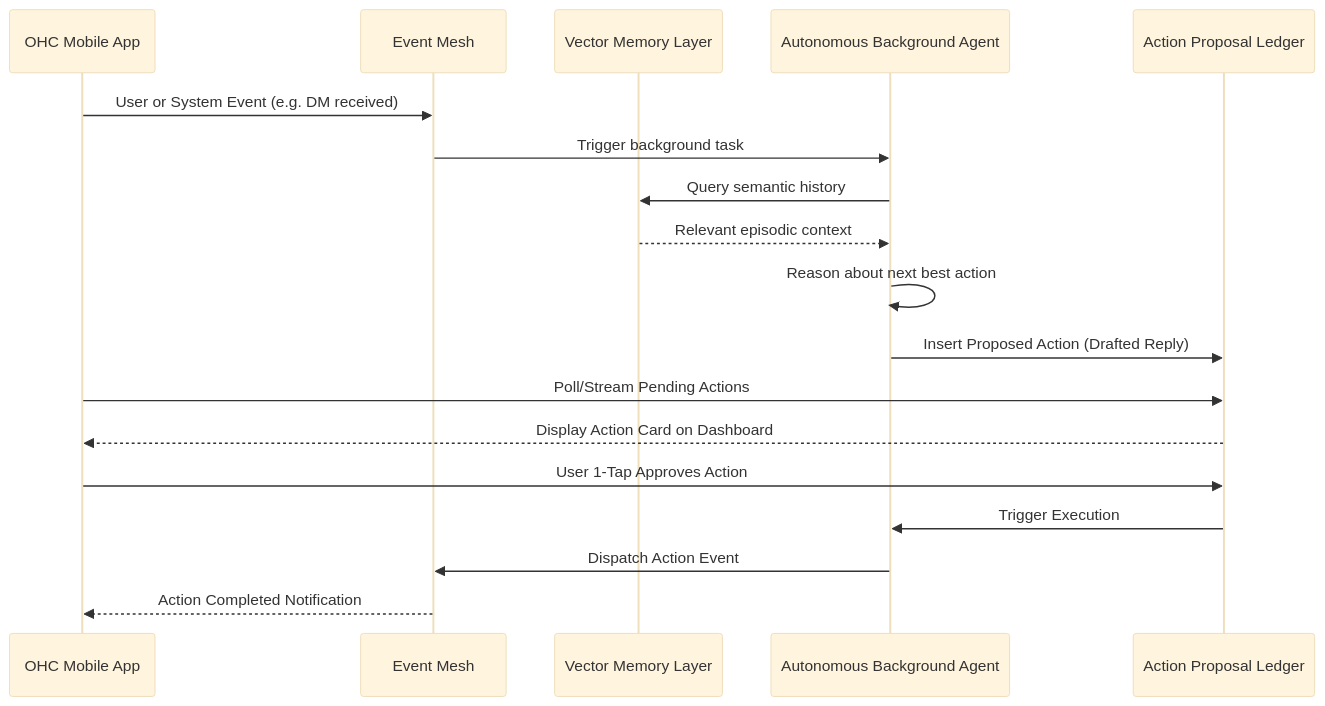
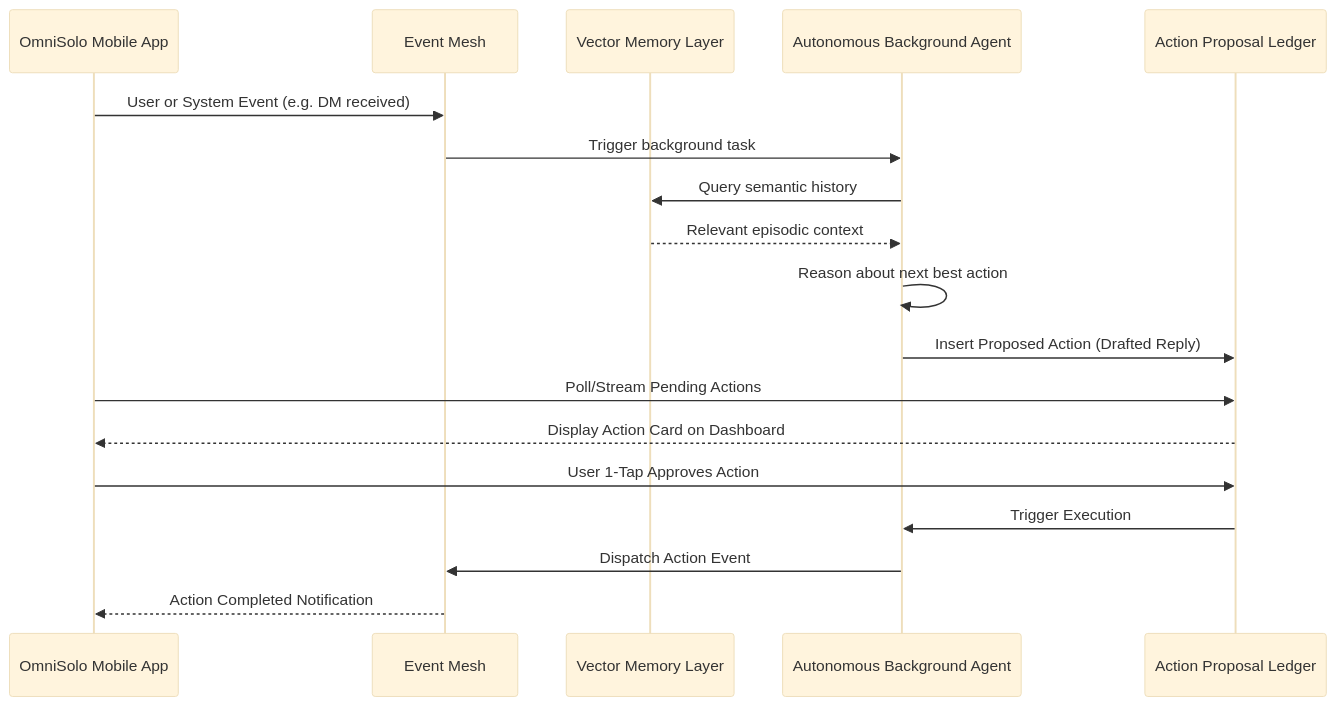
The diagram in docs/research/[architecture]_proactive_autonomous_memory_engine.md (omnisolo-llc/onehumancorp), drawn with Mermaid (base theme) before and after one commit. The commit also changed other lines of this file and 2191 other files, not shown here.

Commit message:
feat: complete OmniSolo rename and browser audit

````diff
--- a/docs/research/[architecture]_proactive_autonomous_memory_engine.md
+++ b/docs/research/[architecture]_proactive_autonomous_memory_engine.md
@@ -45,21 +45,21 @@
 ```mermaid
 sequenceDiagram
-    participant App as OHC Mobile App
+    participant App as OmniSolo Mobile App
     participant Events as Event Mesh
     participant VectorDB as Vector Memory Layer
     participant Agent as Autonomous Background Agent
     participant Ledger as Action Proposal Ledger
 
     App->>Events: User or System Event (e.g. DM received)
     Events->>Agent: Trigger background task
     Agent->>VectorDB: Query semantic history
     VectorDB-->>Agent: Relevant episodic context
     Agent->>Agent: Reason about next best action
     Agent->>Ledger: Insert Proposed Action (Drafted Reply)
     App->>Ledger: Poll/Stream Pending Actions
     Ledger-->>App: Display Action Card on Dashboard
     App->>Ledger: User 1-Tap Approves Action
     Ledger->>Agent: Trigger Execution
     Agent->>Events: Dispatch Action Event
     Events-->>App: Action Completed Notification
 ```
````
